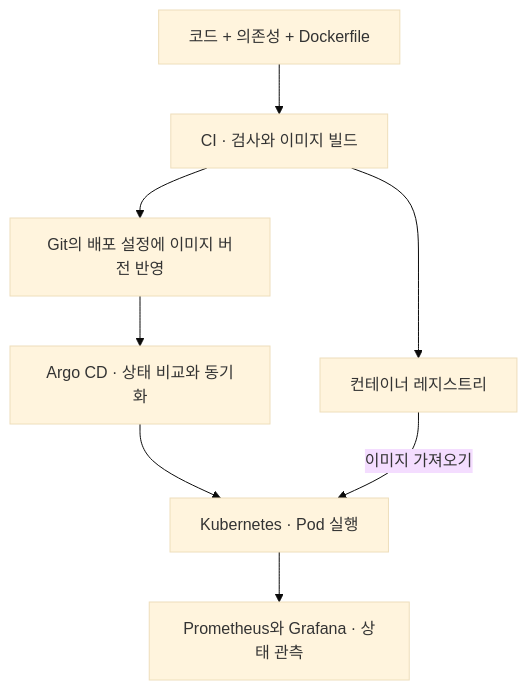
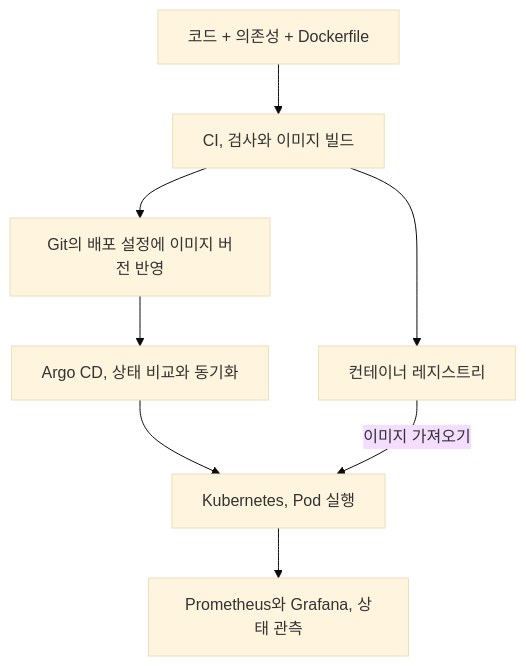
One commit to johklo/johklo.github.io changed the first of 3 diagrams in content/docs/tech/machine-learning-platform-engineering/03-kubernetes-foundation.md. Above: the diagram before and after it, drawn with Mermaid (base theme). The commit also changed other lines of this file and 14 other files, not shown here.

````diff
--- a/content/docs/tech/machine-learning-platform-engineering/03-kubernetes-foundation.md
+++ b/content/docs/tech/machine-learning-platform-engineering/03-kubernetes-foundation.md
@@ -32,12 +24,12 @@
 ```mermaid
 flowchart TD
     accTitle: 코드에서 Kubernetes 배포까지의 흐름
     accDescr: 코드를 CI에서 검사하고 이미지를 빌드해 레지스트리에 저장한다. Git의 배포 설정을 Argo CD로 동기화하고 Kubernetes가 지정 이미지를 가져와 실행한다.
-    A["코드 + 의존성 + Dockerfile"] --> B["CI · 검사와 이미지 빌드"]
+    A["코드 + 의존성 + Dockerfile"] --> B["CI, 검사와 이미지 빌드"]
     B --> C["컨테이너 레지스트리"]
     B --> D["Git의 배포 설정에 이미지 버전 반영"]
-    D --> E["Argo CD · 상태 비교와 동기화"]
-    E --> F["Kubernetes · Pod 실행"]
+    D --> E["Argo CD, 상태 비교와 동기화"]
+    E --> F["Kubernetes, Pod 실행"]
     C -->|"이미지 가져오기"| F
-    F --> G["Prometheus와 Grafana · 상태 관측"]
+    F --> G["Prometheus와 Grafana, 상태 관측"]
 ```
````
